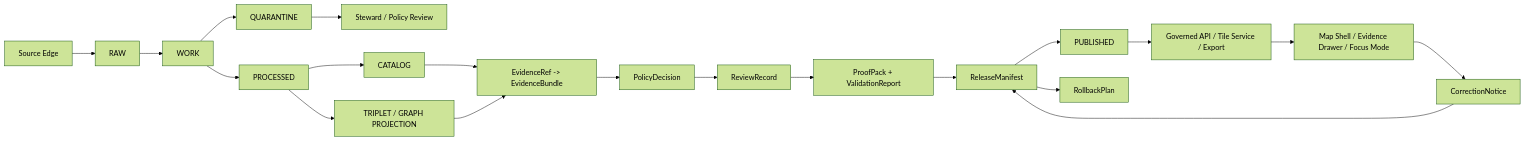
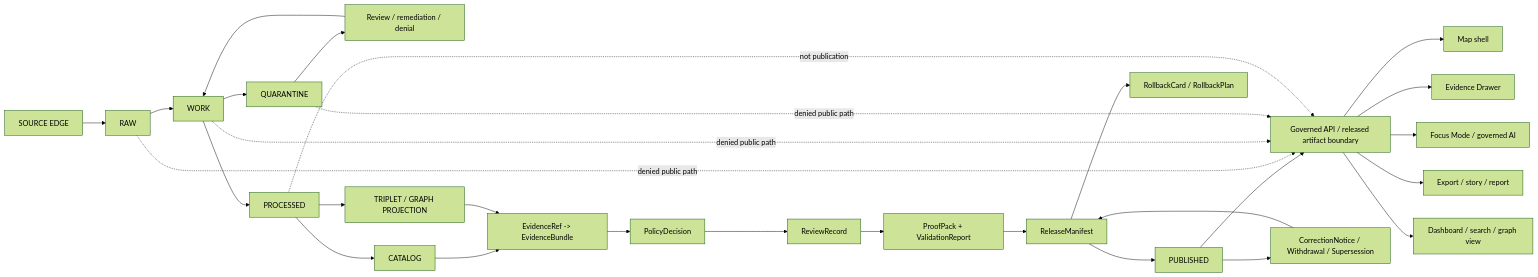
The diagram in docs/adr/ADR-0014-truth-path.md (bartytime4life/Kansas-Frontier-Matrix), drawn with Mermaid (forest theme) before and after one commit. The commit also changed other lines of this file, not shown here.

````diff
--- a/docs/adr/ADR-0014-truth-path.md
+++ b/docs/adr/ADR-0014-truth-path.md
@@ -150,22 +277,35 @@
 ```mermaid
 flowchart LR
-  Source[Source Edge] --> Raw[RAW]
-  Raw --> Work[WORK]
-  Work --> Quarantine[QUARANTINE]
-  Work --> Processed[PROCESSED]
-  Quarantine --> StewardReview[Steward / Policy Review]
-  Processed --> Catalog[CATALOG]
-  Processed --> Triplet[TRIPLET / GRAPH PROJECTION]
-  Catalog --> Evidence[EvidenceRef -> EvidenceBundle]
+  Source["SOURCE EDGE"] --> Raw["RAW"]
+  Raw --> Work["WORK"]
+  Work --> Quarantine["QUARANTINE"]
+  Work --> Processed["PROCESSED"]
+  Quarantine --> ReviewHold["Review / remediation / denial"]
+  ReviewHold --> Work
+  Processed --> Catalog["CATALOG"]
+  Processed --> Triplet["TRIPLET / GRAPH PROJECTION"]
+
+  Catalog --> Evidence["EvidenceRef -> EvidenceBundle"]
   Triplet --> Evidence
-  Evidence --> Policy[PolicyDecision]
-  Policy --> Review[ReviewRecord]
-  Review --> Proof[ProofPack + ValidationReport]
-  Proof --> Release[ReleaseManifest]
-  Release --> Published[PUBLISHED]
-  Published --> GovernedSurface[Governed API / Tile Service / Export]
-  GovernedSurface --> TrustUI[Map Shell / Evidence Drawer / Focus Mode]
-  TrustUI --> Correction[CorrectionNotice]
+  Evidence --> Policy["PolicyDecision"]
+  Policy --> Review["ReviewRecord"]
+  Review --> Proof["ProofPack + ValidationReport"]
+  Proof --> Release["ReleaseManifest"]
+  Release --> Published["PUBLISHED"]
+
+  Published --> Boundary["Governed API / released artifact boundary"]
+  Boundary --> Map["Map shell"]
+  Boundary --> Drawer["Evidence Drawer"]
+  Boundary --> Focus["Focus Mode / governed AI"]
+  Boundary --> Export["Export / story / report"]
+  Boundary --> Dashboard["Dashboard / search / graph view"]
+
+  Published --> Correction["CorrectionNotice / Withdrawal / Supersession"]
   Correction --> Release
-  Release --> Rollback[RollbackPlan]
+  Release --> Rollback["RollbackCard / RollbackPlan"]
+
+  Raw -. denied public path .-> Boundary
+  Work -. denied public path .-> Boundary
+  Quarantine -. denied public path .-> Boundary
+  Processed -. not publication .-> Boundary
 ```
````
